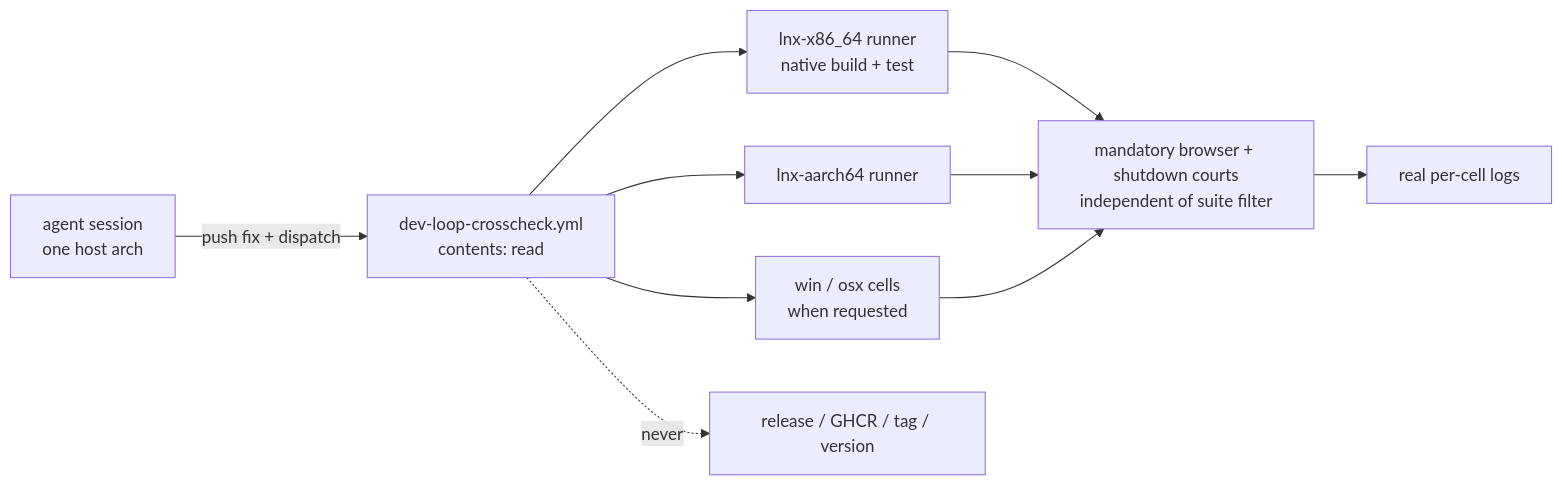
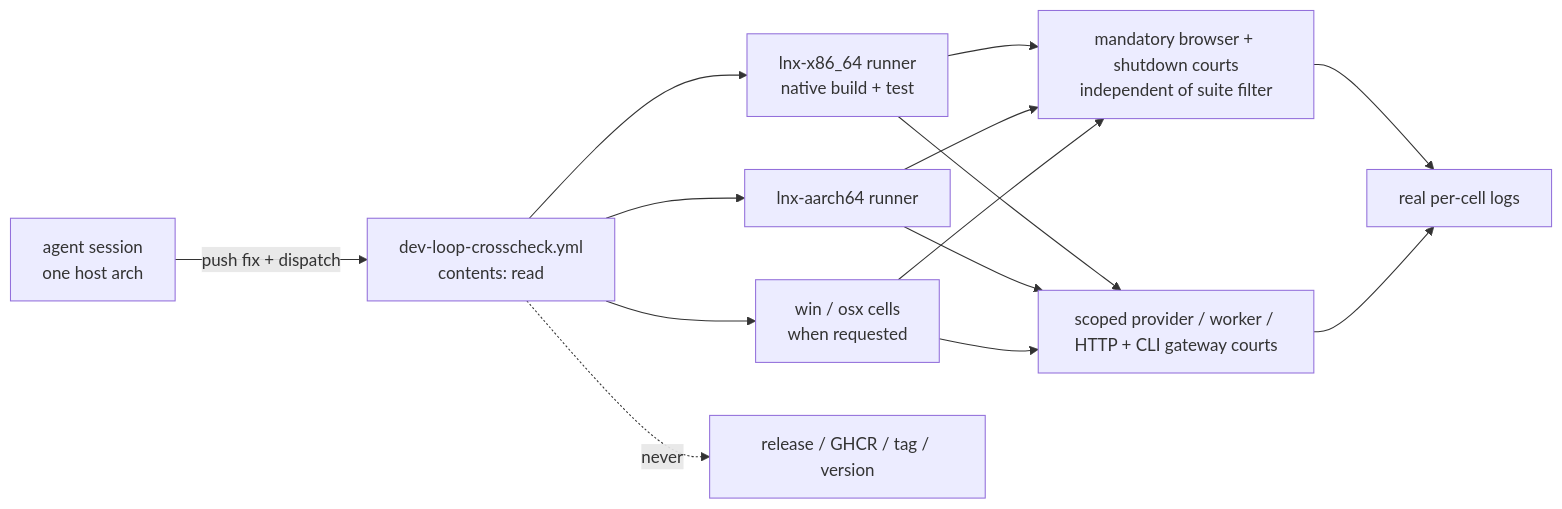
One commit to partnernetsoftware/minicon changed the diagram in prd/PRD_02_32_dev_loop_crosscheck.md. Above: the diagram before and after it, drawn with Mermaid. The commit also changed other lines of this file and 65 other files, not shown here.

````diff
--- a/prd/PRD_02_32_dev_loop_crosscheck.md
+++ b/prd/PRD_02_32_dev_loop_crosscheck.md
@@ -27,10 +32,12 @@
 ```mermaid
 flowchart LR
     A["agent session<br/>one host arch"] -->|push fix + dispatch| W["dev-loop-crosscheck.yml<br/>contents: read"]
     W --> C1["lnx-x86_64 runner<br/>native build + test"]
     W --> C2["lnx-aarch64 runner"]
     W --> C3["win / osx cells<br/>when requested"]
     C1 & C2 & C3 --> M["mandatory browser + shutdown courts<br/>independent of suite filter"]
     M --> L["real per-cell logs"]
+    C1 & C2 & C3 --> G["scoped provider / worker / HTTP + CLI gateway courts"]
+    G --> L
     W -. never .-> R["release / GHCR / tag / version"]
 ```
````
